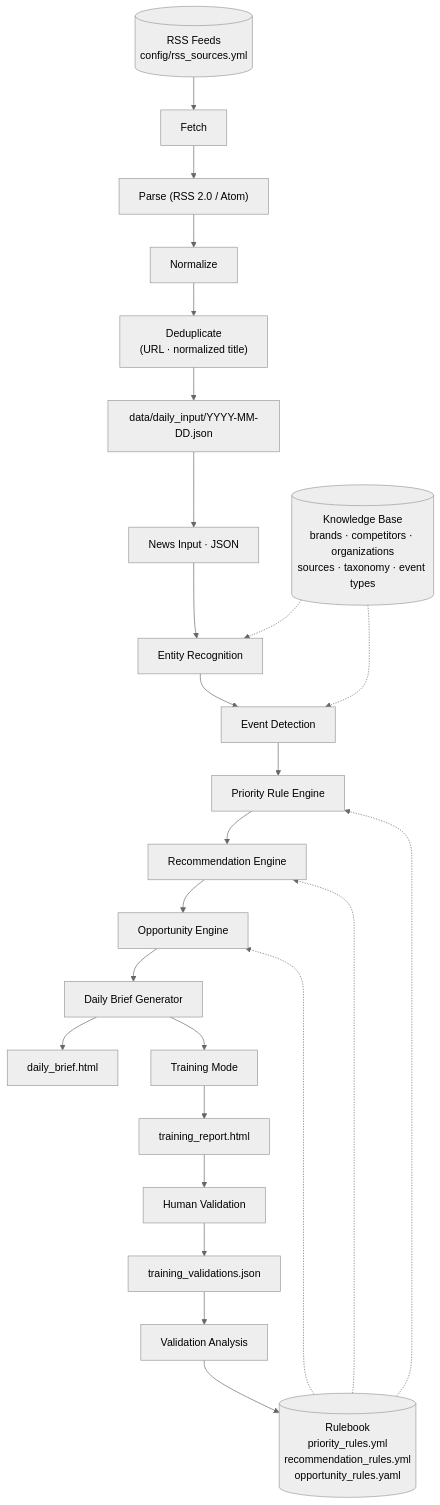
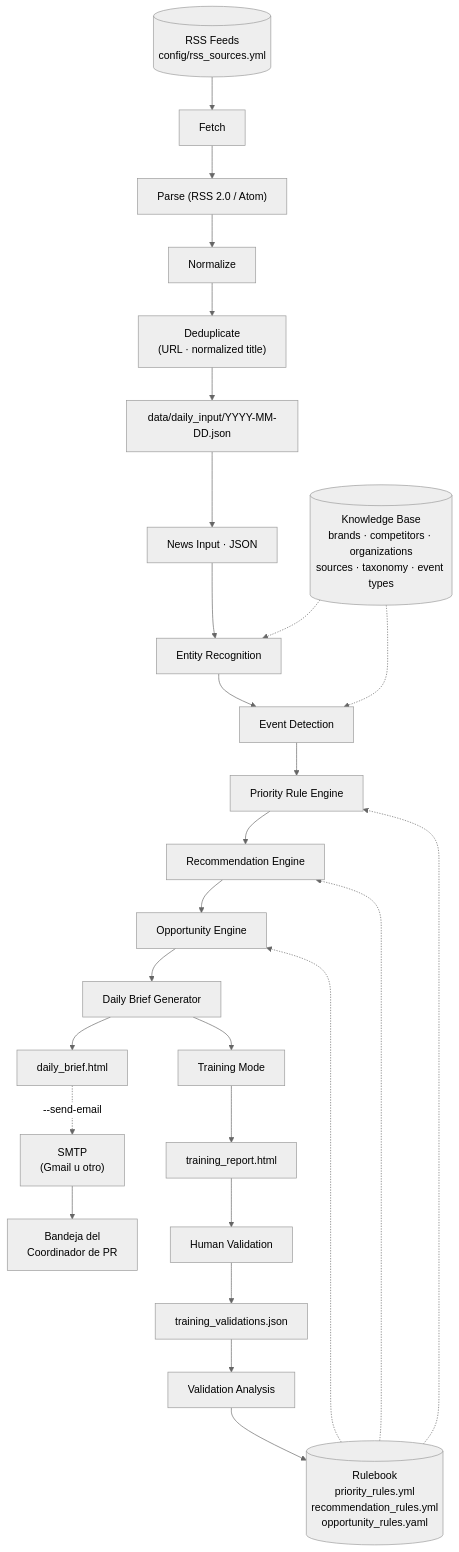
Before and after one commit to nickfresco/HUB-STELLANTIS-CHILE---PR: the diagram in README.md, drawn with Mermaid (neutral theme). The commit also changed other lines of this file and 2 other files, not shown here.

Commit message:
Docs: documentar Email Delivery v1.0 (configuración, uso, cómo se verificó, qué falta)

````diff
--- a/README.md
+++ b/README.md
@@ -88,30 +89,32 @@
 ```mermaid
 flowchart TD
     RSS[("RSS Feeds<br/>config/rss_sources.yml")] --> FETCH["Fetch"]
     FETCH --> PARSE["Parse (RSS 2.0 / Atom)"]
     PARSE --> NORM["Normalize"]
     NORM --> DEDUP["Deduplicate<br/>(URL · normalized title)"]
     DEDUP --> JSONOUT["data/daily_input/YYYY-MM-DD.json"]
 
     JSONOUT --> A["News Input · JSON"]
     A --> B["Entity Recognition"]
     B --> C["Event Detection"]
     C --> D["Priority Rule Engine"]
     D --> E["Recommendation Engine"]
     E --> OE["Opportunity Engine"]
     OE --> F["Daily Brief Generator"]
     F --> G["daily_brief.html"]
+    G -.->|"--send-email"| MAIL["SMTP<br/>(Gmail u otro)"]
+    MAIL --> INBOX["Bandeja del<br/>Coordinador de PR"]
 
     KB[("Knowledge Base<br/>brands · competitors · organizations<br/>sources · taxonomy · event types")] -.-> B
     KB -.-> C
     RB[("Rulebook<br/>priority_rules.yml<br/>recommendation_rules.yml<br/>opportunity_rules.yaml")] -.-> D
     RB -.-> E
     RB -.-> OE
 
     F --> T["Training Mode"]
     T --> H["training_report.html"]
     H --> V["Human Validation"]
     V --> J["training_validations.json"]
     J --> AN["Validation Analysis"]
     AN --> RB
 ```
````
